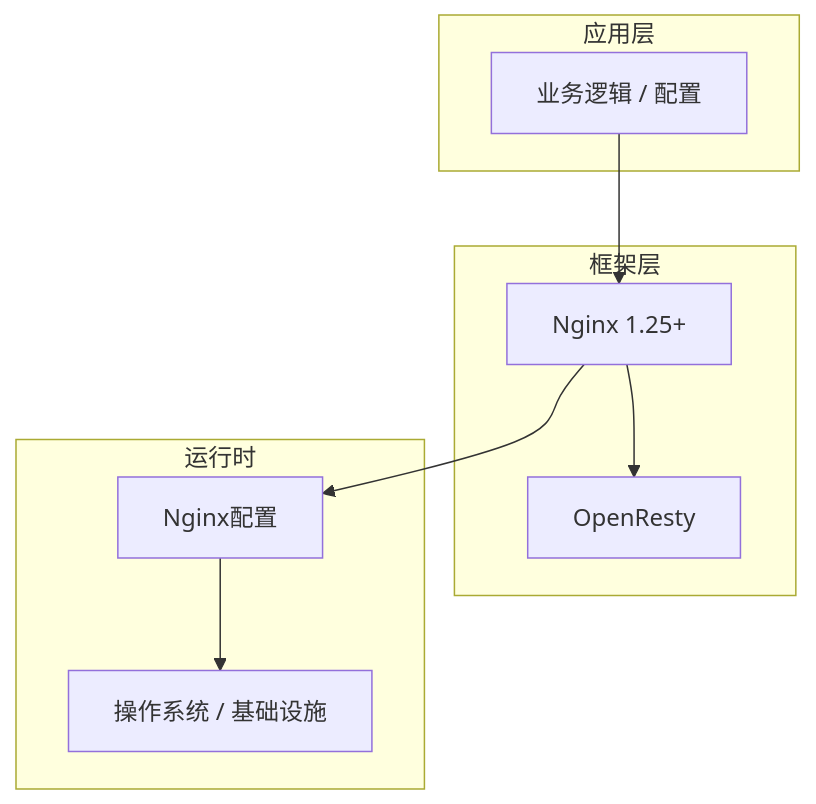
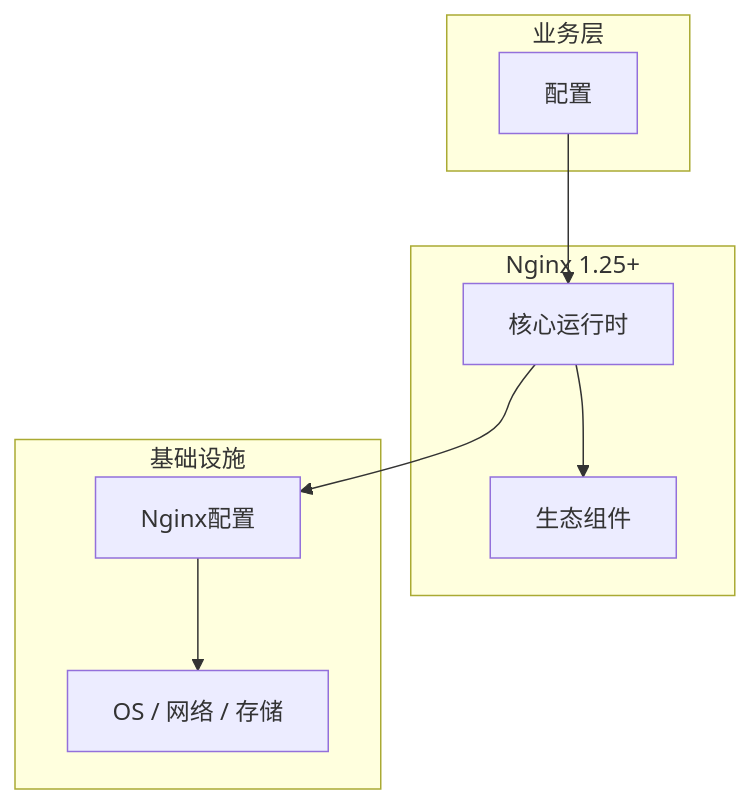
The diagram in articles/Nginx/chapters/013-配置核心概念与原理.md (yanggan2015/knowledge-json-v2), drawn with Mermaid before and after one commit. The commit also changed other lines of this file and 10127 other files, not shown here.

````diff
--- a/articles/Nginx/chapters/013-配置核心概念与原理.md
+++ b/articles/Nginx/chapters/013-配置核心概念与原理.md
@@ -45,18 +34,18 @@
 ```mermaid
 graph TB
-    subgraph 应用层
-        A[业务逻辑 / 配置]
+    subgraph 业务层
+        A[配置]
     end
-    subgraph 框架层
-        B[Nginx 1.25+]
-        C[OpenResty]
+    subgraph Nginx 1.25+
+        B[核心运行时]
+        C[生态组件]
     end
-    subgraph 运行时
+    subgraph 基础设施
         D[Nginx配置]
-        E[操作系统 / 基础设施]
+        E[OS / 网络 / 存储]
     end
     A --> B
     B --> C
     B --> D
     D --> E
 ```
````
